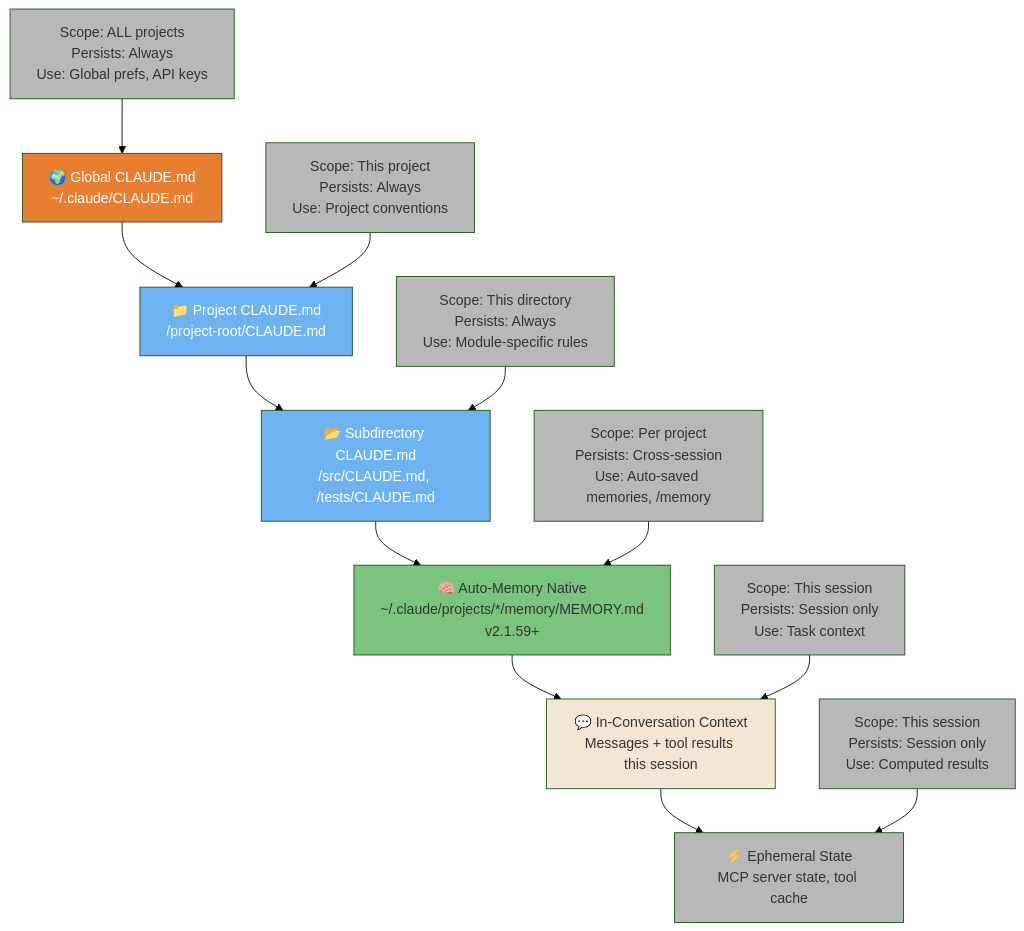
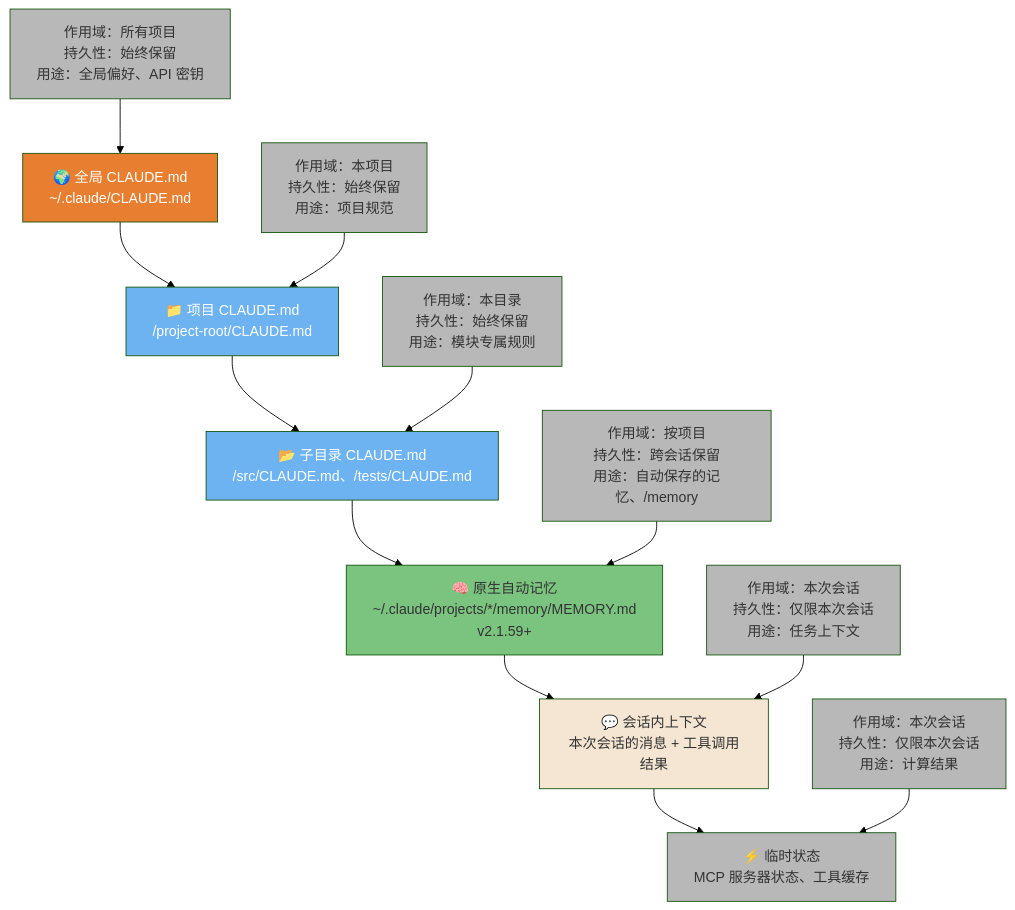
Before and after one commit to lawrencewzen/aispark-wiki: the second of 4 diagrams in claude-code/diagrams/02-context-and-sessions.md, drawn with Mermaid (forest theme). The commit also changed other lines of this file and 82 other files, not shown here.

First line of the commit message:
feat: 完成 claude-code/ 目录全量中文翻译

````diff
--- a/claude-code/diagrams/02-context-and-sessions.md
+++ b/claude-code/diagrams/02-context-and-sessions.md
@@ -96,41 +96,41 @@
 ```mermaid
 flowchart TD
-    A["🌍 Global CLAUDE.md<br/>~/.claude/CLAUDE.md"] --> B["📁 Project CLAUDE.md<br/>/project-root/CLAUDE.md"]
-    B --> C["📂 Subdirectory CLAUDE.md<br/>/src/CLAUDE.md, /tests/CLAUDE.md"]
-    C --> AM["🧠 Auto-Memory Native<br/>~/.claude/projects/*/memory/MEMORY.md<br/>v2.1.59+"]
-    AM --> D["💬 In-Conversation Context<br/>Messages + tool results this session"]
-    D --> E["⚡ Ephemeral State<br/>MCP server state, tool cache"]
+    A["🌍 全局 CLAUDE.md<br/>~/.claude/CLAUDE.md"] --> B["📁 项目 CLAUDE.md<br/>/project-root/CLAUDE.md"]
+    B --> C["📂 子目录 CLAUDE.md<br/>/src/CLAUDE.md、/tests/CLAUDE.md"]
+    C --> AM["🧠 原生自动记忆<br/>~/.claude/projects/*/memory/MEMORY.md<br/>v2.1.59+"]
+    AM --> D["💬 会话内上下文<br/>本次会话的消息 + 工具调用结果"]
+    D --> E["⚡ 临时状态<br/>MCP 服务器状态、工具缓存"]
 
-    A1["Scope: ALL projects<br/>Persists: Always<br/>Use: Global prefs, API keys"] --> A
-    B1["Scope: This project<br/>Persists: Always<br/>Use: Project conventions"] --> B
-    C1["Scope: This directory<br/>Persists: Always<br/>Use: Module-specific rules"] --> C
-    AM1["Scope: Per project<br/>Persists: Cross-session<br/>Use: Auto-saved memories, /memory"] --> AM
-    D1["Scope: This session<br/>Persists: Session only<br/>Use: Task context"] --> D
-    E1["Scope: This session<br/>Persists: Session only<br/>Use: Computed results"] --> E
+    A1["作用域：所有项目<br/>持久性：始终保留<br/>用途：全局偏好、API 密钥"] --> A
+    B1["作用域：本项目<br/>持久性：始终保留<br/>用途：项目规范"] --> B
+    C1["作用域：本目录<br/>持久性：始终保留<br/>用途：模块专属规则"] --> C
+    AM1["作用域：按项目<br/>持久性：跨会话保留<br/>用途：自动保存的记忆、/memory"] --> AM
+    D1["作用域：本次会话<br/>持久性：仅限本次会话<br/>用途：任务上下文"] --> D
+    E1["作用域：本次会话<br/>持久性：仅限本次会话<br/>用途：计算结果"] --> E
 
     style A fill:#E87E2F,color:#fff
     style B fill:#6DB3F2,color:#fff
     style C fill:#6DB3F2,color:#fff
     style AM fill:#7BC47F,color:#333
     style D fill:#F5E6D3,color:#333
     style E fill:#B8B8B8,color:#333
     style A1 fill:#B8B8B8,color:#333
     style B1 fill:#B8B8B8,color:#333
     style C1 fill:#B8B8B8,color:#333
     style AM1 fill:#B8B8B8,color:#333
     style D1 fill:#B8B8B8,color:#333
     style E1 fill:#B8B8B8,color:#333
 
-    click A href "https://github.com/claude-code-ultimate-guide/claude-code-ultimate-guide/blob/main/guide/core/memory-systems.md#21-claudemd-three-levels" "Global CLAUDE.md"
-    click B href "https://github.com/claude-code-ultimate-guide/claude-code-ultimate-guide/blob/main/guide/core/memory-systems.md#21-claudemd-three-levels" "Project CLAUDE.md"
-    click C href "https://github.com/claude-code-ultimate-guide/claude-code-ultimate-guide/blob/main/guide/core/memory-systems.md#21-claudemd-three-levels" "Subdirectory CLAUDE.md"
-    click AM href "https://github.com/claude-code-ultimate-guide/claude-code-ultimate-guide/blob/main/guide/core/memory-systems.md#22-auto-memory-v21594" "Auto-Memory Native"
-    click D href "https://github.com/claude-code-ultimate-guide/claude-code-ultimate-guide/blob/main/guide/ultimate-guide.md#22-context-management" "In-Conversation Context"
-    click E href "https://github.com/claude-code-ultimate-guide/claude-code-ultimate-guide/blob/main/guide/core/architecture.md#3-context-management-internals" "Ephemeral State"
-    click A1 href "https://github.com/claude-code-ultimate-guide/claude-code-ultimate-guide/blob/main/guide/core/memory-systems.md#21-claudemd-three-levels" "Global scope — always persists"
-    click B1 href "https://github.com/claude-code-ultimate-guide/claude-code-ultimate-guide/blob/main/guide/core/memory-systems.md#21-claudemd-three-levels" "Project scope — always persists"
-    click C1 href "https://github.com/claude-code-ultimate-guide/claude-code-ultimate-guide/blob/main/guide/core/memory-systems.md#21-claudemd-three-levels" "Directory scope — always persists"
-    click AM1 href "https://github.com/claude-code-ultimate-guide/claude-code-ultimate-guide/blob/main/guide/core/memory-systems.md#22-auto-memory-v21594" "Cross-session auto-memory"
-    click D1 href "https://github.com/claude-code-ultimate-guide/claude-code-ultimate-guide/blob/main/guide/ultimate-guide.md#22-context-management" "Session scope only"
-    click E1 href "https://github.com/claude-code-ultimate-guide/claude-code-ultimate-guide/blob/main/guide/core/architecture.md#3-context-management-internals" "Session scope only"
+    click A href "https://github.com/claude-code-ultimate-guide/claude-code-ultimate-guide/blob/main/guide/core/memory-systems.md#21-claudemd-three-levels" "全局 CLAUDE.md"
+    click B href "https://github.com/claude-code-ultimate-guide/claude-code-ultimate-guide/blob/main/guide/core/memory-systems.md#21-claudemd-three-levels" "项目 CLAUDE.md"
+    click C href "https://github.com/claude-code-ultimate-guide/claude-code-ultimate-guide/blob/main/guide/core/memory-systems.md#21-claudemd-three-levels" "子目录 CLAUDE.md"
+    click AM href "https://github.com/claude-code-ultimate-guide/claude-code-ultimate-guide/blob/main/guide/core/memory-systems.md#22-auto-memory-v21594" "原生自动记忆"
+    click D href "https://github.com/claude-code-ultimate-guide/claude-code-ultimate-guide/blob/main/guide/ultimate-guide.md#22-context-management" "会话内上下文"
+    click E href "https://github.com/claude-code-ultimate-guide/claude-code-ultimate-guide/blob/main/guide/core/architecture.md#3-context-management-internals" "临时状态"
+    click A1 href "https://github.com/claude-code-ultimate-guide/claude-code-ultimate-guide/blob/main/guide/core/memory-systems.md#21-claudemd-three-levels" "全局作用域 — 始终保留"
+    click B1 href "https://github.com/claude-code-ultimate-guide/claude-code-ultimate-guide/blob/main/guide/core/memory-systems.md#21-claudemd-three-levels" "项目作用域 — 始终保留"
+    click C1 href "https://github.com/claude-code-ultimate-guide/claude-code-ultimate-guide/blob/main/guide/core/memory-systems.md#21-claudemd-three-levels" "目录作用域 — 始终保留"
+    click AM1 href "https://github.com/claude-code-ultimate-guide/claude-code-ultimate-guide/blob/main/guide/core/memory-systems.md#22-auto-memory-v21594" "跨会话自动记忆"
+    click D1 href "https://github.com/claude-code-ultimate-guide/claude-code-ultimate-guide/blob/main/guide/ultimate-guide.md#22-context-management" "仅限本次会话"
+    click E1 href "https://github.com/claude-code-ultimate-guide/claude-code-ultimate-guide/blob/main/guide/core/architecture.md#3-context-management-internals" "仅限本次会话"
 ```
````
